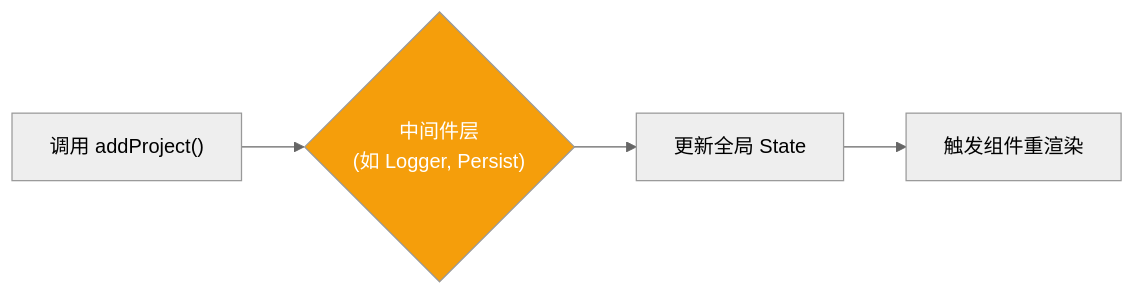
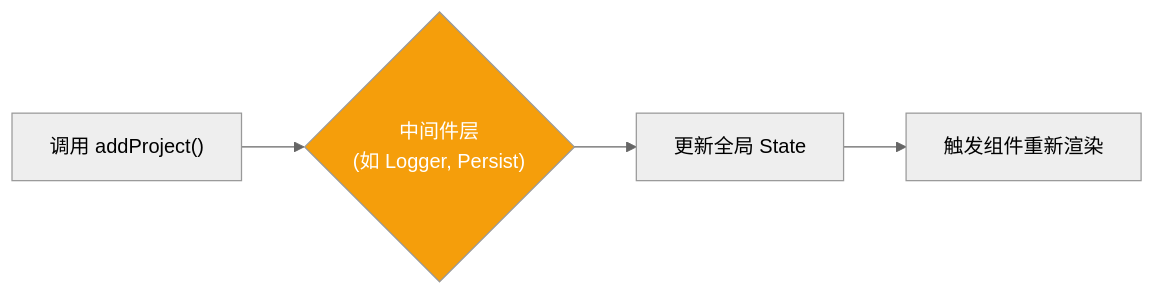
Before and after one commit to boltguo/react_learn: the first of 2 diagrams in docs/Lesson_10.md, drawn with Mermaid (neutral theme). The commit also changed other lines of this file and 31 other files, not shown here.

Commit message:
docs: 统一Mermaid术语与配色层级

````diff
--- a/docs/Lesson_10.md
+++ b/docs/Lesson_10.md
@@ -24,8 +36,8 @@
 ```mermaid
 flowchart LR
     A["调用 addProject()"] --> B{"中间件层\n(如 Logger, Persist)"}
     B --> C["更新全局 State"]
-    C --> D["触发组件重渲染"]
+    C --> D["触发组件重新渲染"]
     
     style B fill:#f59e0b,color:#fff
 ```
````
